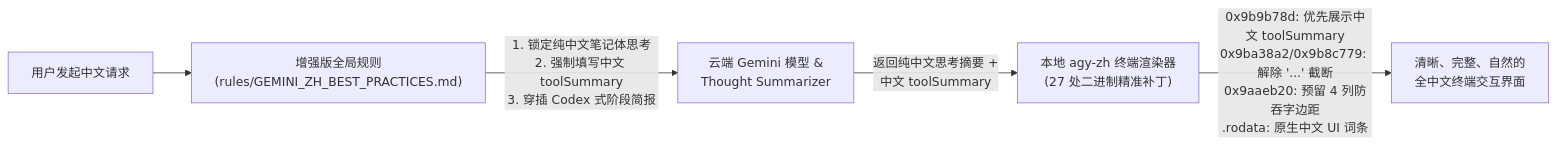
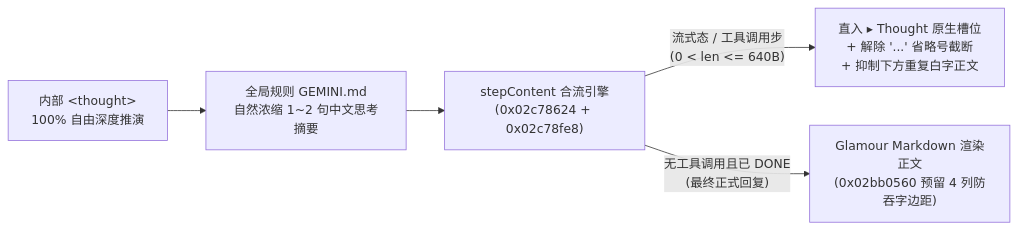
Before and after one commit to IdKomorebi/antigravity-chinese: the diagram in README.md, drawn with Mermaid. The commit also changed other lines of this file and 6 other files, not shown here.

````diff
--- a/README.md
+++ b/README.md
@@ -62,7 +42,7 @@
 ```mermaid
 flowchart LR
-    A["用户发起中文请求"] --> B["增强版全局规则<br/>(rules/GEMINI_ZH_BEST_PRACTICES.md)"]
-    B -->|"1. 锁定纯中文笔记体思考<br/>2. 强制填写中文 toolSummary<br/>3. 穿插 Codex 式阶段简报"| C["云端 Gemini 模型 &<br/>Thought Summarizer"]
-    C -->|"返回纯中文思考摘要 +<br/>中文 toolSummary"| D["本地 agy-zh 终端渲染器<br/>(27 处二进制精准补丁)"]
-    D -->|"0x9b9b78d: 优先展示中文 toolSummary<br/>0x9ba38a2/0x9b8c779: 解除 '...' 截断<br/>0x9aaeb20: 预留 4 列防吞字边距<br/>.rodata: 原生中文 UI 词条"| E["清晰、完整、自然的<br/>全中文终端交互界面"]
+    A["内部 &lt;thought&gt;<br/>100% 自由深度推演"] --> B["全局规则 GEMINI.md<br/>自然浓缩 1~2 句中文思考摘要"]
+    B --> C["stepContent 合流引擎<br/>(0x02c78624 + 0x02c78fe8)"]
+    C -->|"流式态 / 工具调用步<br/>(0 &lt; len &lt;= 640B)"| D["直入 ▸ Thought 原生槽位<br/>+ 解除 '...' 省略号截断<br/>+ 抑制下方重复白字正文"]
+    C -->|"无工具调用且已 DONE<br/>(最终正式回复)"| E["Glamour Markdown 渲染正文<br/>(0x02bb0560 预留 4 列防吞字边距)"]
 ```
````
